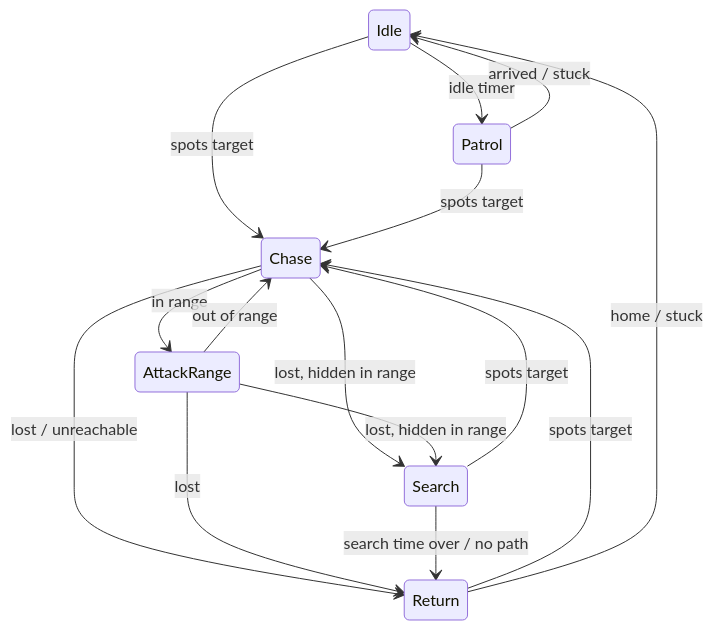
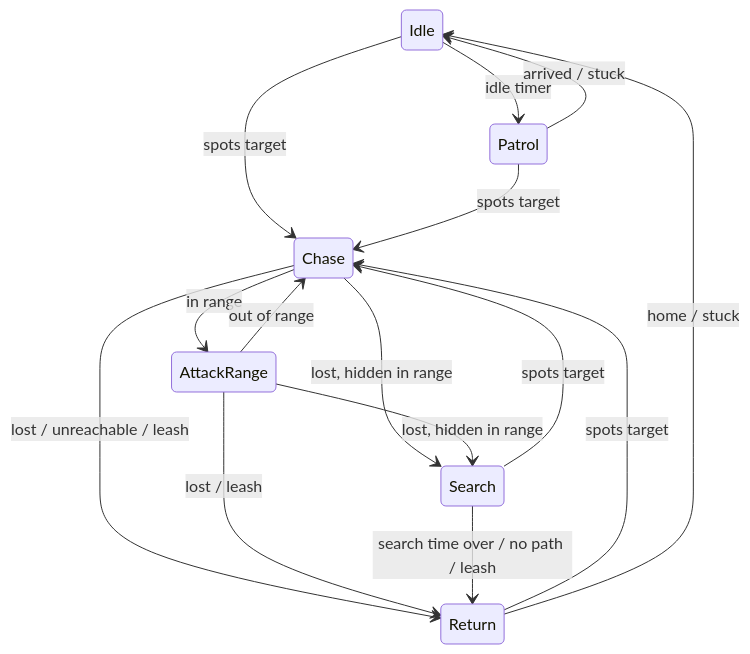
One commit to LuckyLph/Top-Down-RPG changed the first of 2 diagrams in Docs/Architecture.md. Above: the diagram before and after it, drawn with Mermaid. The commit also changed other lines of this file and 38 other files, not shown here.

````diff
--- a/Docs/Architecture.md
+++ b/Docs/Architecture.md
@@ -528,17 +528,17 @@
 ```mermaid
 stateDiagram-v2
     Idle --> Patrol: idle timer
     Idle --> Chase: spots target
     Patrol --> Idle: arrived / stuck
     Patrol --> Chase: spots target
     Chase --> AttackRange: in range
     Chase --> Search: lost, hidden in range
-    Chase --> Return: lost / unreachable
+    Chase --> Return: lost / unreachable / leash
     AttackRange --> Chase: out of range
     AttackRange --> Search: lost, hidden in range
-    AttackRange --> Return: lost
+    AttackRange --> Return: lost / leash
     Search --> Chase: spots target
-    Search --> Return: search time over / no path
+    Search --> Return: search time over / no path / leash
     Return --> Chase: spots target
     Return --> Idle: home / stuck
 ```
````
